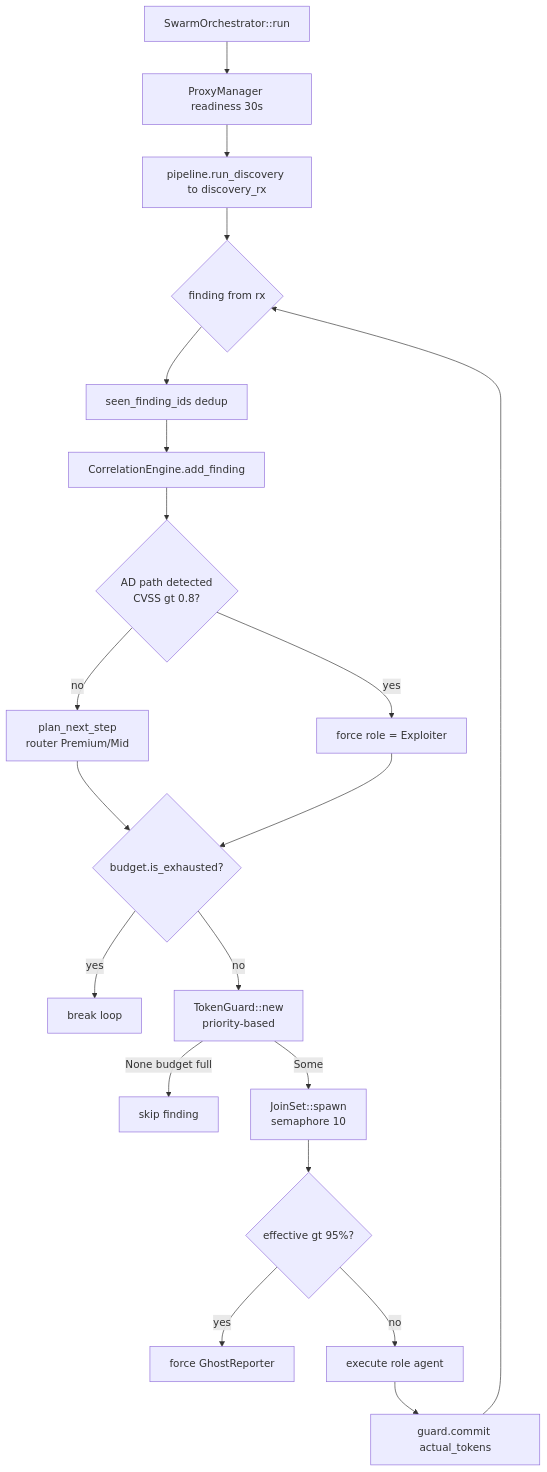
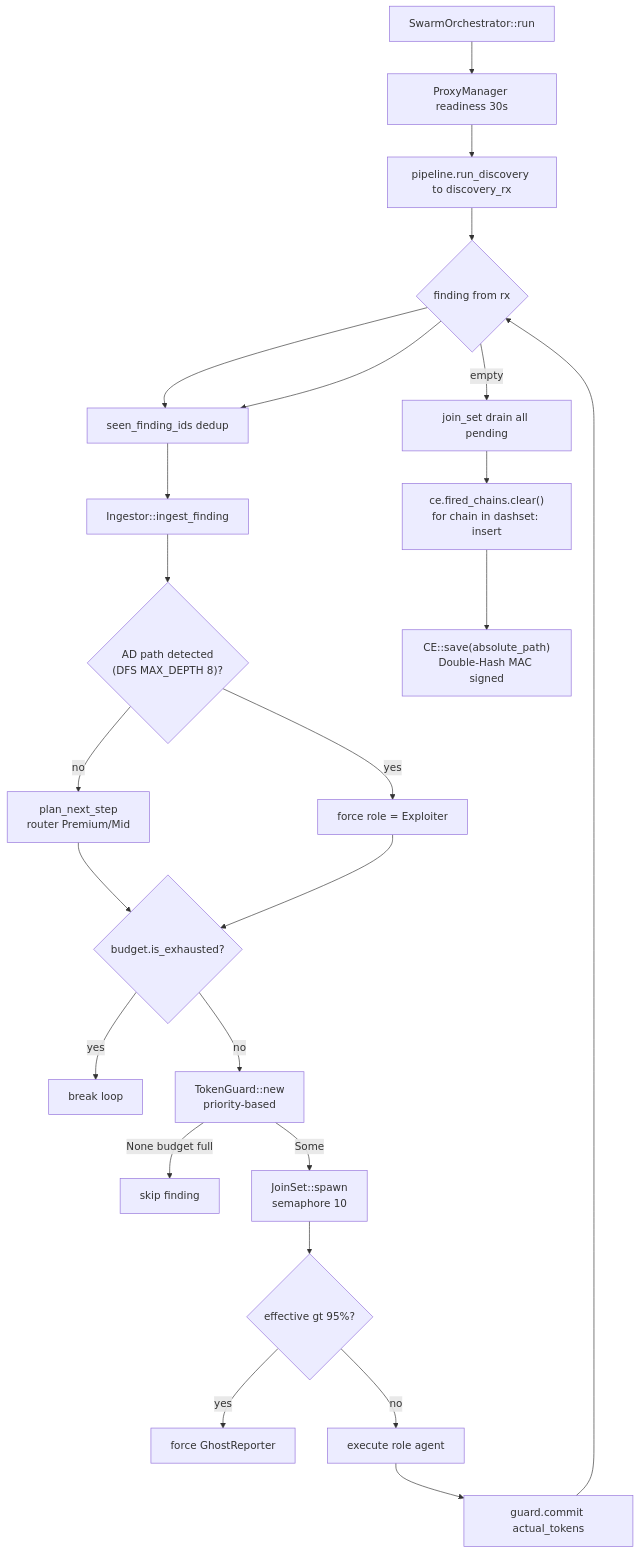
The fourth of 4 diagrams in redteam_rust_core/DOCS/swarm_intelligence.md (kripiman/OsintUltimate), drawn with Mermaid before and after one commit. The commit also changed other lines of this file and 44 other files, not shown here.

Commit message:
feat: expand plugin architecture with AzureHound, JWKS discovery, and JWT forging, and integrate NVD monitoring into swarm intelligence.

````diff
--- a/redteam_rust_core/DOCS/swarm_intelligence.md
+++ b/redteam_rust_core/DOCS/swarm_intelligence.md
@@ -165,21 +165,25 @@
 ```mermaid
 flowchart TD
     START["SwarmOrchestrator::run"] --> READY["ProxyManager readiness 30s"]
     READY --> DISC["pipeline.run_discovery to discovery_rx"]
     DISC --> LOOP{"finding from rx"}
     LOOP --> DEDUP["seen_finding_ids dedup"]
-    DEDUP --> CORR["CorrelationEngine.add_finding"]
-    CORR --> AD{"AD path detected<br/>CVSS gt 0.8?"}
+    LOOP --> DEDUP["seen_finding_ids dedup"]
+    DEDUP --> CORR["Ingestor::ingest_finding"]
+    CORR --> AD{"AD path detected<br/>(DFS MAX_DEPTH 8)?"}
     AD -- yes --> FORCE["force role = Exploiter"]
     AD -- no --> PLAN["plan_next_step<br/>router Premium/Mid"]
     PLAN & FORCE --> BUDGET{"budget.is_exhausted?"}
     BUDGET -- yes --> BREAK["break loop"]
     BUDGET -- no --> GUARD["TokenGuard::new<br/>priority-based"]
     GUARD -- None budget full --> SKIP["skip finding"]
     GUARD -- Some --> SPAWN["JoinSet::spawn<br/>semaphore 10"]
     SPAWN --> CHECK{"effective gt 95%?"}
     CHECK -- yes --> REPORTER["force GhostReporter"]
     CHECK -- no --> ROLE["execute role agent"]
     ROLE --> COMMIT["guard.commit actual_tokens"]
     COMMIT --> LOOP
+    LOOP -- empty --> DRAIN["join_set drain all pending"]
+    DRAIN --> SYNC["ce.fired_chains.clear()\nfor chain in dashset: insert"]
+    SYNC --> SAVE["CE::save(absolute_path)\nDouble-Hash MAC signed"]
 ```
````
